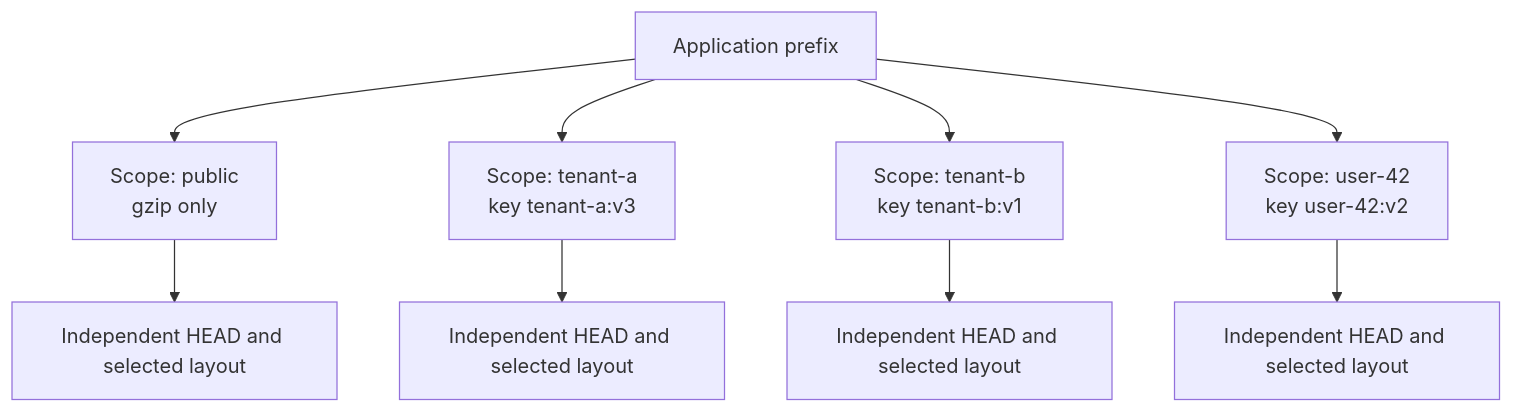
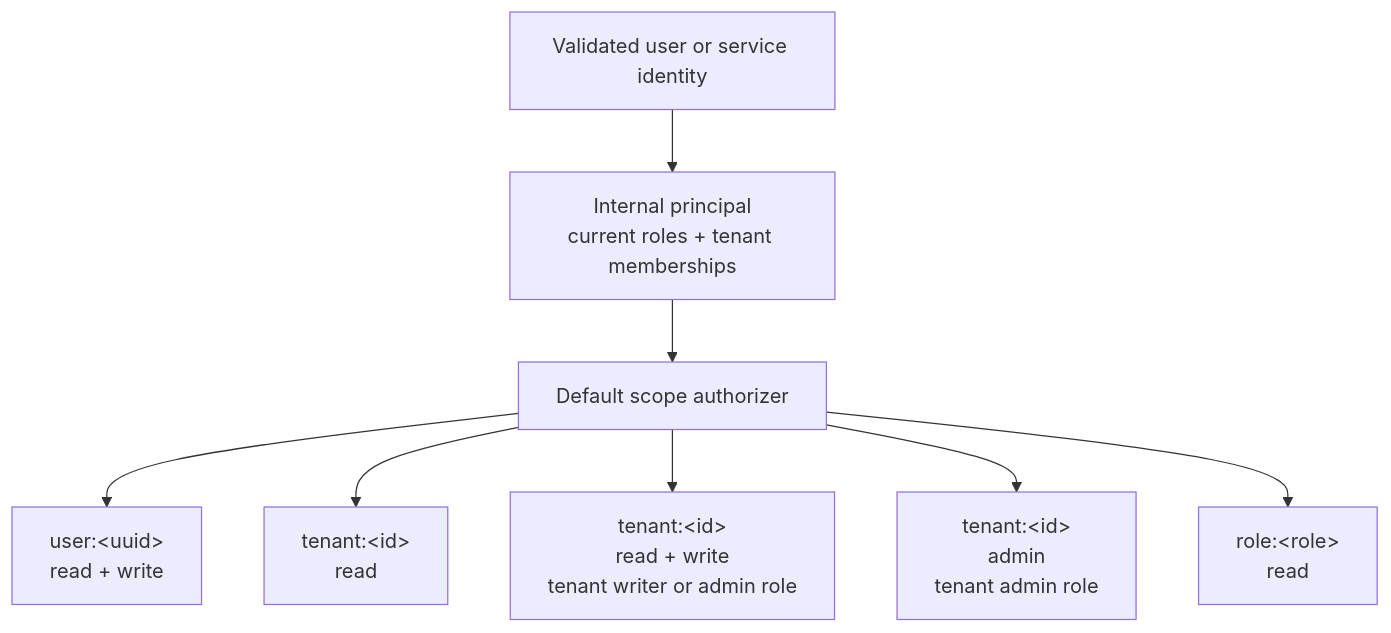
One commit to Jason-Doyle/thimble changed the seventh of 12 diagrams in docs/DIAGRAMS.md. Above: the diagram before and after it, drawn with Mermaid. The commit also changed other lines of this file and 96 other files, not shown here.

````diff
--- a/docs/DIAGRAMS.md
+++ b/docs/DIAGRAMS.md
@@ -166,14 +237,19 @@
 ```mermaid
 flowchart TB
-  Root["Application prefix"]
+  Identity["Validated user or service identity"]
+  Principal["Internal principal<br/>current roles + tenant memberships"]
+  Authorizer["Default scope authorizer"]
 
-  Root --> Public["Scope: public<br/>gzip only"]
-  Root --> TenantA["Scope: tenant-a<br/>key tenant-a:v3"]
-  Root --> TenantB["Scope: tenant-b<br/>key tenant-b:v1"]
-  Root --> User["Scope: user-42<br/>key user-42:v2"]
+  User["user:&lt;uuid&gt;<br/>read + write"]
+  TenantRead["tenant:&lt;id&gt;<br/>read"]
+  TenantWrite["tenant:&lt;id&gt;<br/>read + write<br/>tenant writer or admin role"]
+  TenantAdmin["tenant:&lt;id&gt;<br/>admin<br/>tenant admin role"]
+  Role["role:&lt;role&gt;<br/>read"]
 
-  Public --> PublicTree["Independent HEAD and selected layout"]
-  TenantA --> TenantATree["Independent HEAD and selected layout"]
-  TenantB --> TenantBTree["Independent HEAD and selected layout"]
-  User --> UserTree["Independent HEAD and selected layout"]
+  Identity --> Principal --> Authorizer
+  Authorizer --> User
+  Authorizer --> TenantRead
+  Authorizer --> TenantWrite
+  Authorizer --> TenantAdmin
+  Authorizer --> Role
 ```
````
